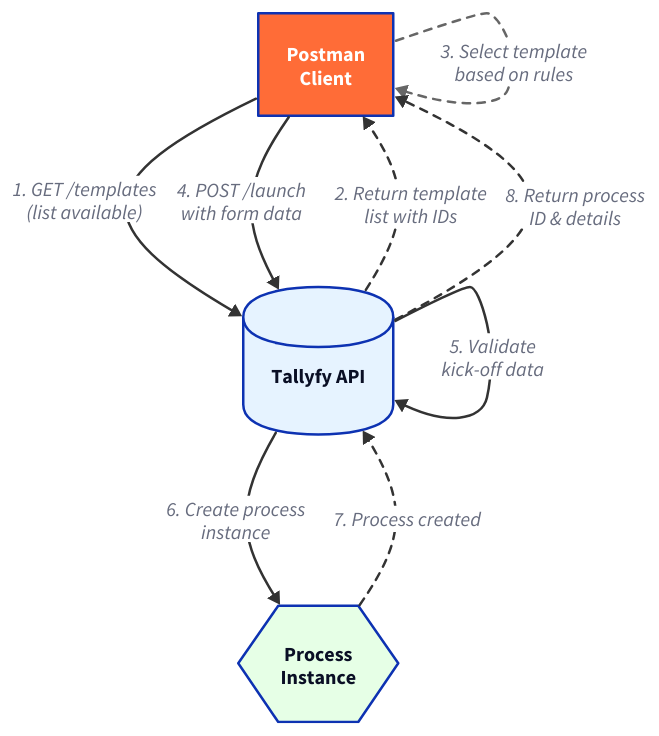
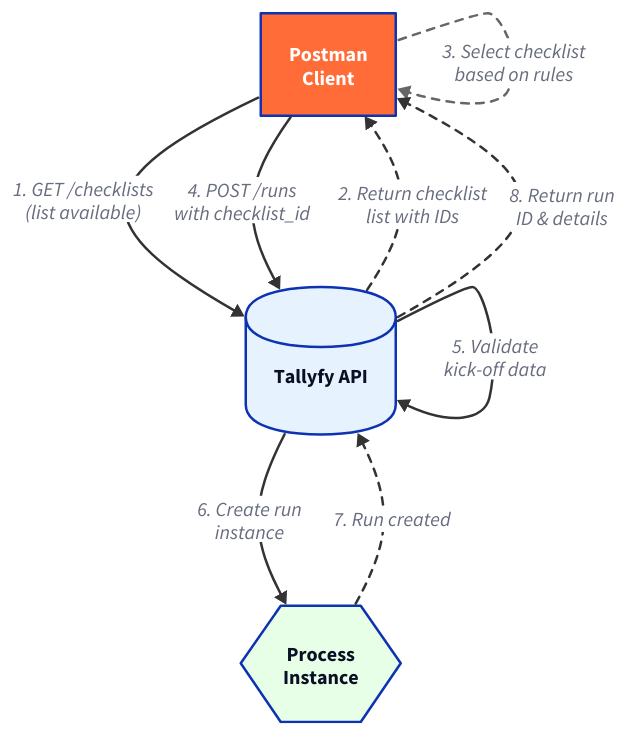
The diagram in src/content/docs/pro/integrations/open-api/api-clients/postman/templates-processes.mdx (tallyfy/documentation), drawn with D2 before and after one commit. The commit also changed other lines of this file and 414 other files, not shown here.

````diff
--- a/src/content/docs/pro/integrations/open-api/api-clients/postman/templates-processes.mdx
+++ b/src/content/docs/pro/integrations/open-api/api-clients/postman/templates-processes.mdx
@@ -30,58 +31,58 @@
 ```d2
 direction: down
 
 Postman: "Postman\nClient" {
   shape: rectangle
   style.fill: "#ff6c37"
   style.font-color: "#fff"
 }
 
 API: "Tallyfy API" {
   shape: cylinder
   style.fill: "#e6f3ff"
 }
 
 Process: "Process\nInstance" {
   shape: hexagon
   style.fill: "#e6ffe6"
 }
 
 # Step 1: List templates
-Postman -> API: "1. GET /templates\n(list available)" {
+Postman -> API: "1. GET /checklists\n(list available)" {
   style.stroke: "#333"
 }
 
-API -> Postman: "2. Return template\nlist with IDs" {
+API -> Postman: "2. Return checklist\nlist with IDs" {
   style.stroke: "#333"
   style.stroke-dash: 3
 }
 
 # Step 2: Select and launch
-Postman -> Postman: "3. Select template\nbased on rules" {
+Postman -> Postman: "3. Select checklist\nbased on rules" {
   style.stroke: "#666"
   style.stroke-dash: 3
 }
 
-Postman -> API: "4. POST /launch\nwith form data" {
+Postman -> API: "4. POST /runs\nwith checklist_id" {
   style.stroke: "#333"
   style.stroke-width: 2
 }
 
 API -> API: "5. Validate\nkick-off data" {
   style.stroke: "#333"
 }
 
-API -> Process: "6. Create process\ninstance" {
+API -> Process: "6. Create run\ninstance" {
   style.stroke: "#333"
 }
 
-Process -> API: "7. Process created" {
+Process -> API: "7. Run created" {
   style.stroke: "#333"
   style.stroke-dash: 3
 }
 
-API -> Postman: "8. Return process\nID & details" {
+API -> Postman: "8. Return run\nID & details" {
   style.stroke: "#333"
   style.stroke-dash: 3
 }
 ```
````
